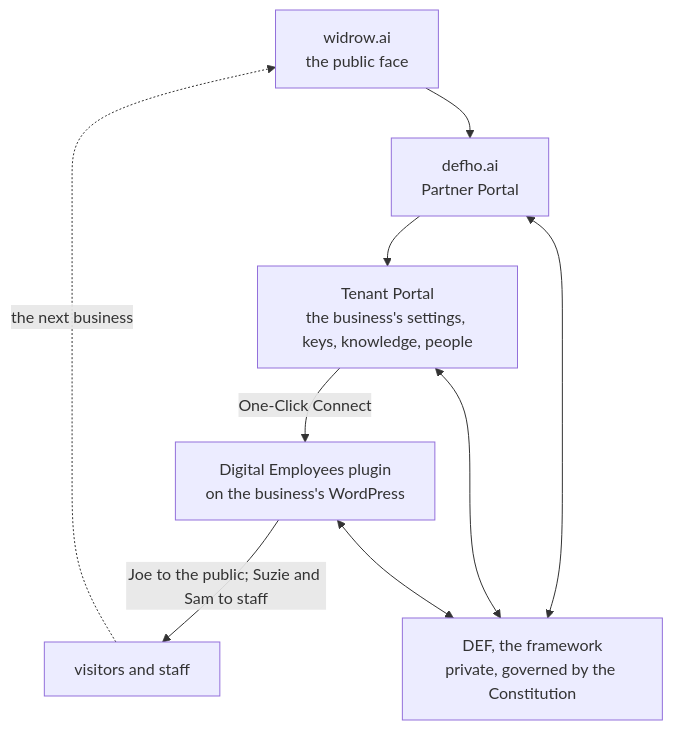
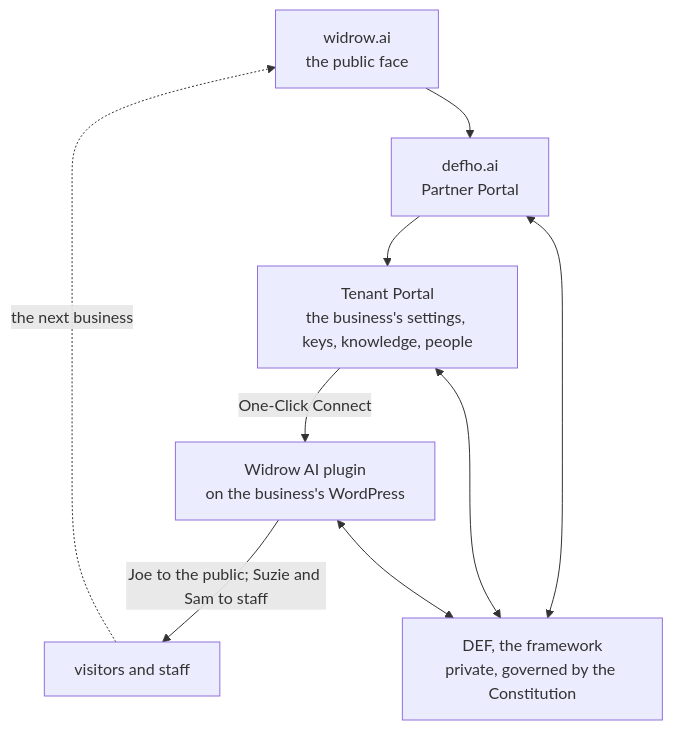
The diagram in README.md (a3rev-ai/def-core), drawn with Mermaid before and after one commit. The commit also changed other lines of this file and 18 other files, not shown here.

First line of the commit message:
feat: the plugin is now Widrow AI (W86 W3, 9.7.0)

````diff
--- a/README.md
+++ b/README.md
@@ -120,12 +120,12 @@
 ```mermaid
 flowchart TD
     W["widrow.ai<br/>the public face"] --> P["defho.ai<br/>Partner Portal"]
     P --> T["Tenant Portal<br/>the business's settings, keys, knowledge, people"]
-    T -- "One-Click Connect" --> C["Digital Employees plugin<br/>on the business's WordPress"]
+    T -- "One-Click Connect" --> C["Widrow AI plugin<br/>on the business's WordPress"]
     C -- "Joe to the public; Suzie and Sam to staff" --> V["visitors and staff"]
     V -. "the next business" .-> W
     D["DEF, the framework<br/>private, governed by the Constitution"]
     P <--> D
     T <--> D
     C <--> D
 ```
````
